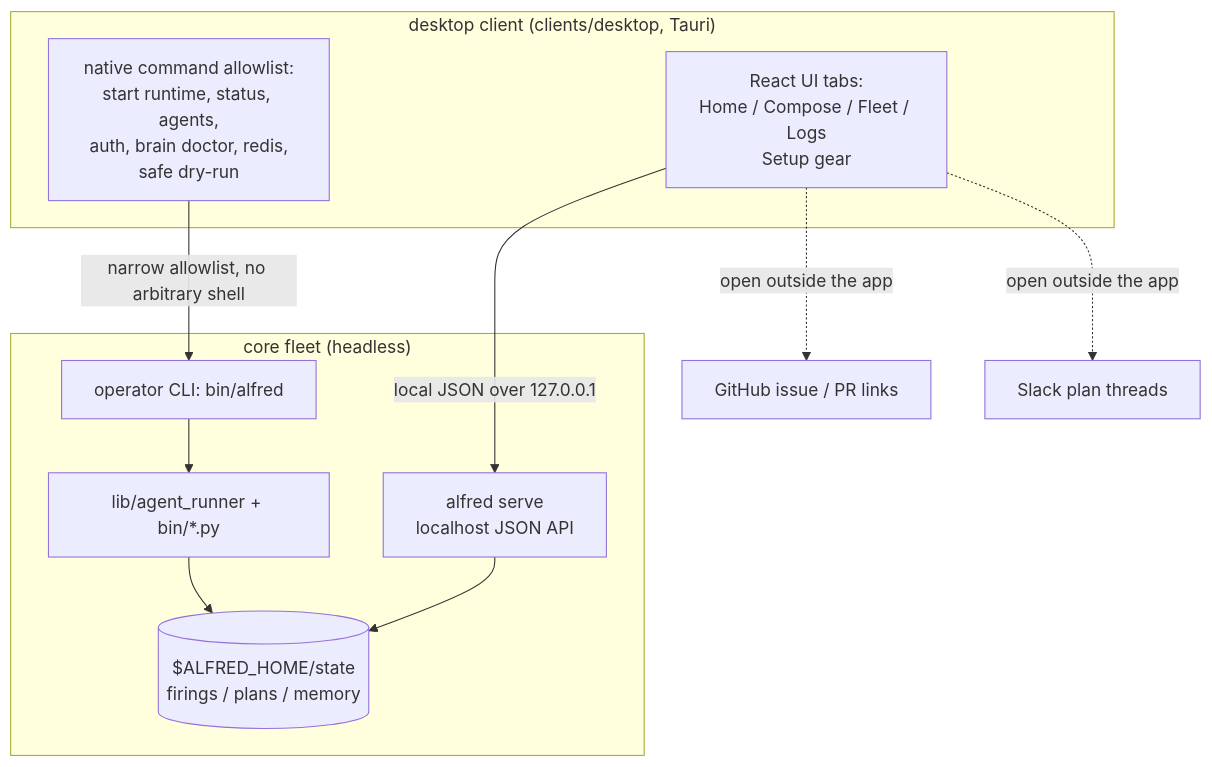
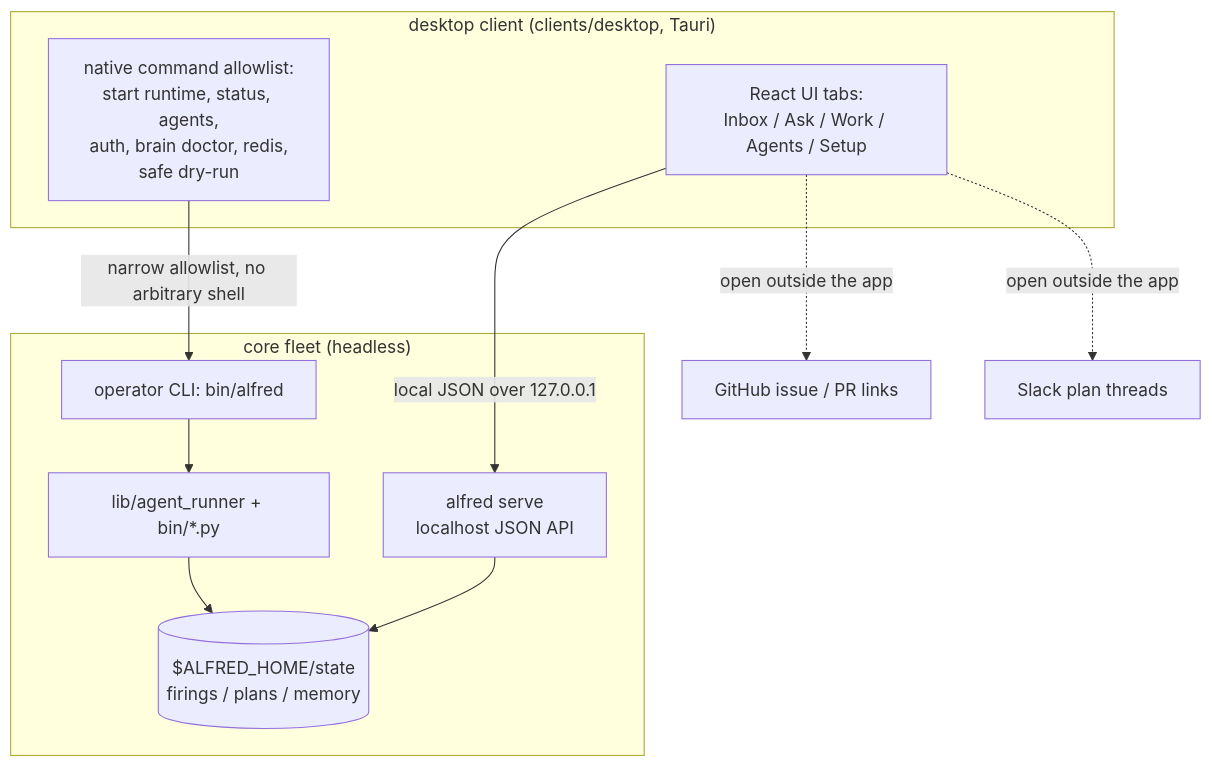
One commit to luminik-io/alfred-os changed the fifth of 8 diagrams in docs/ARCHITECTURE.md. Above: the diagram before and after it, drawn with Mermaid. The commit also changed 20 other files, not shown here.

````diff
--- a/docs/ARCHITECTURE.md
+++ b/docs/ARCHITECTURE.md
@@ -195,25 +195,25 @@
 ```mermaid
 flowchart TB
     subgraph client["desktop client (clients/desktop, Tauri)"]
-        ui["React UI tabs:<br/>Home / Compose / Fleet / Logs<br/>Setup gear"]
+        ui["React UI tabs:<br/>Inbox / Ask / Work / Agents / Setup"]
         native["native command allowlist:<br/>start runtime, status, agents,<br/>auth, brain doctor, redis,<br/>safe dry-run"]
     end
 
     subgraph core["core fleet (headless)"]
         serve["alfred serve<br/>localhost JSON API"]
         state[("$ALFRED_HOME/state<br/>firings / plans / memory")]
         cli["operator CLI: bin/alfred"]
         fleet["lib/agent_runner + bin/*.py"]
     end
 
     gh["GitHub issue / PR links"]
     slackthread["Slack plan threads"]
 
     ui -->|local JSON over 127.0.0.1| serve
     native -->|narrow allowlist, no arbitrary shell| cli
     serve --> state
     cli --> fleet
     fleet --> state
     ui -.->|open outside the app| gh
     ui -.->|open outside the app| slackthread
 ```
````
